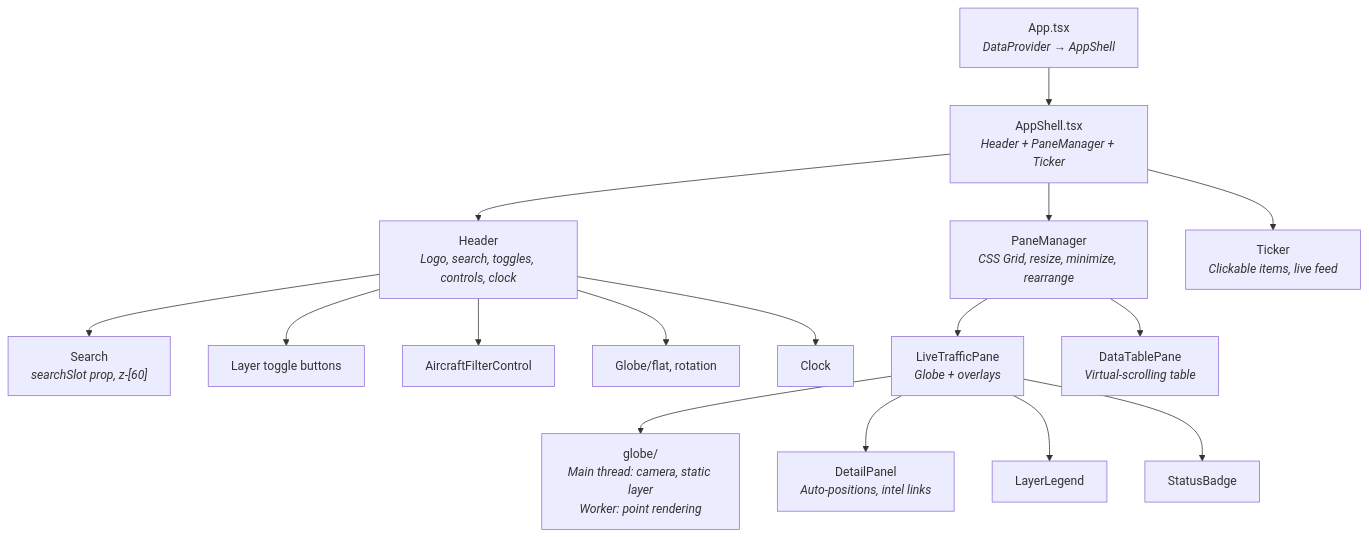
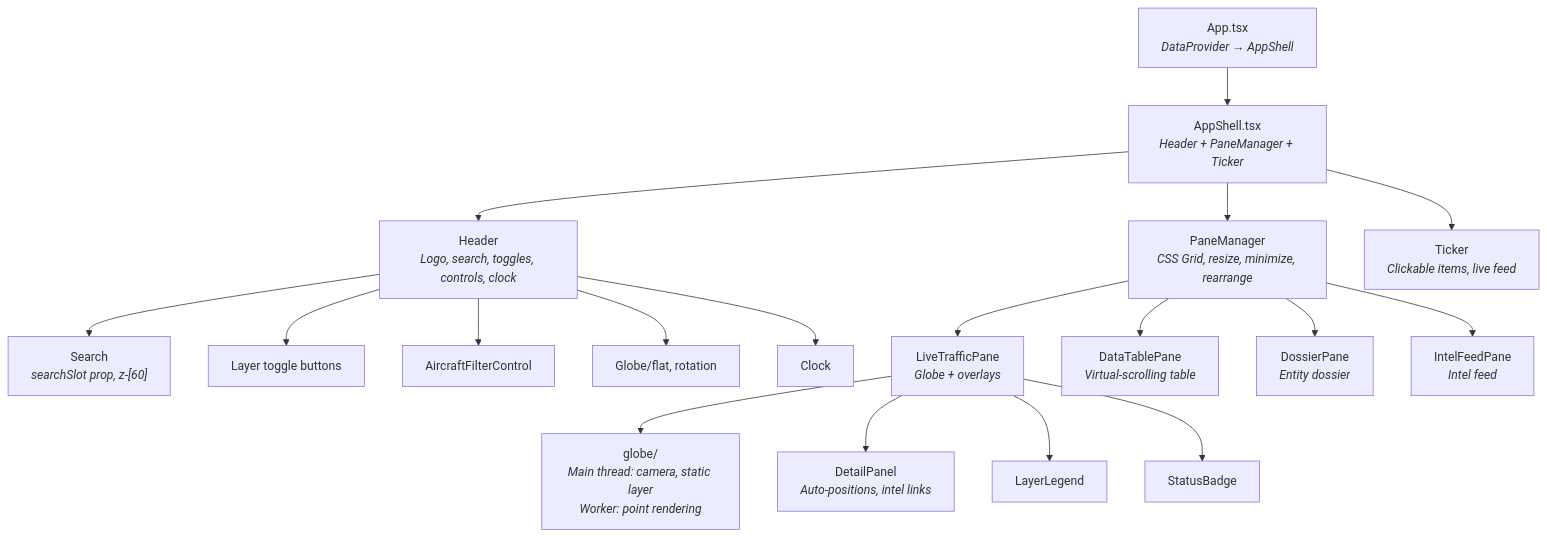
One commit to iiTONELOC/sigint changed the second of 2 diagrams in docs/architecture.md. Above: the diagram before and after it, drawn with Mermaid. The commit also changed other lines of this file and 30 other files, not shown here.

````diff
--- a/docs/architecture.md
+++ b/docs/architecture.md
@@ -230,23 +255,25 @@
 ```mermaid
 graph TD
     App["App.tsx<br/><i>DataProvider → AppShell</i>"]
     App --> AppShell["AppShell.tsx<br/><i>Header + PaneManager + Ticker</i>"]
 
     AppShell --> Header["Header<br/><i>Logo, search, toggles, controls, clock</i>"]
     Header --> SearchComp["Search<br/><i>searchSlot prop, z-[60]</i>"]
     Header --> LayerToggles["Layer toggle buttons"]
     Header --> AircraftFC["AircraftFilterControl"]
     Header --> ViewControls["Globe/flat, rotation"]
     Header --> Clock["Clock"]
 
     AppShell --> PM["PaneManager<br/><i>CSS Grid, resize, minimize, rearrange</i>"]
     PM --> LTP["LiveTrafficPane<br/><i>Globe + overlays</i>"]
     PM --> DTP["DataTablePane<br/><i>Virtual-scrolling table</i>"]
+    PM --> DSP["DossierPane<br/><i>Entity dossier</i>"]
+    PM --> IFP["IntelFeedPane<br/><i>Intel feed</i>"]
 
     LTP --> GlobeViz["globe/<br/><i>Main thread: camera, static layer<br/>Worker: point rendering</i>"]
     LTP --> DetailPanel["DetailPanel<br/><i>Auto-positions, intel links</i>"]
     LTP --> LayerLegend["LayerLegend"]
     LTP --> StatusBadge["StatusBadge"]
 
     AppShell --> Ticker["Ticker<br/><i>Clickable items, live feed</i>"]
 ```
````
